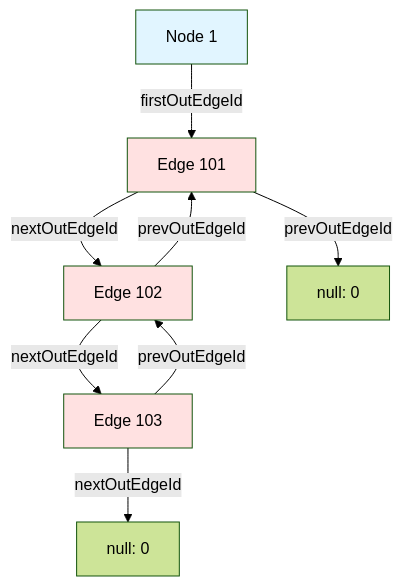
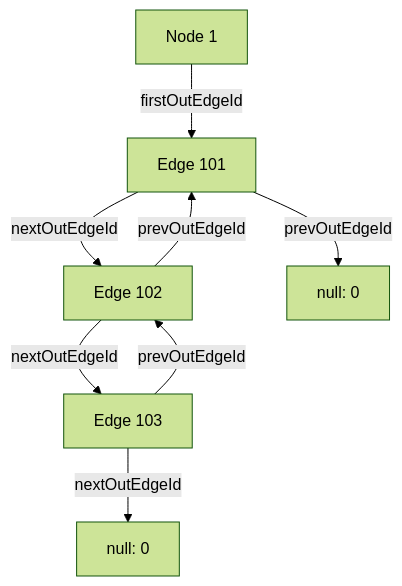
One commit to nexepic/zyx changed the first of 5 diagrams in docs/en/algorithms/relationship-traversal.md. Above: the diagram before and after it, drawn with Mermaid (forest theme). The commit also changed other lines of this file and 13 other files, not shown here.

First line of the commit message:
fix: remove ASCII art and colorful diagrams from algorithm docs

````diff
--- a/docs/en/algorithms/relationship-traversal.md
+++ b/docs/en/algorithms/relationship-traversal.md
@@ -22,16 +22,11 @@
 ```mermaid
 graph TD
     A[Node 1] -->|firstOutEdgeId| B[Edge 101]
     B -->|nextOutEdgeId| C[Edge 102]
     C -->|nextOutEdgeId| D[Edge 103]
     D -->|nextOutEdgeId| E[null: 0]
 
     B -->|prevOutEdgeId| F[null: 0]
     C -->|prevOutEdgeId| B
     D -->|prevOutEdgeId| C
-
-    style A fill:#e1f5ff
-    style B fill:#ffe1e1
-    style C fill:#ffe1e1
-    style D fill:#ffe1e1
 ```
````
